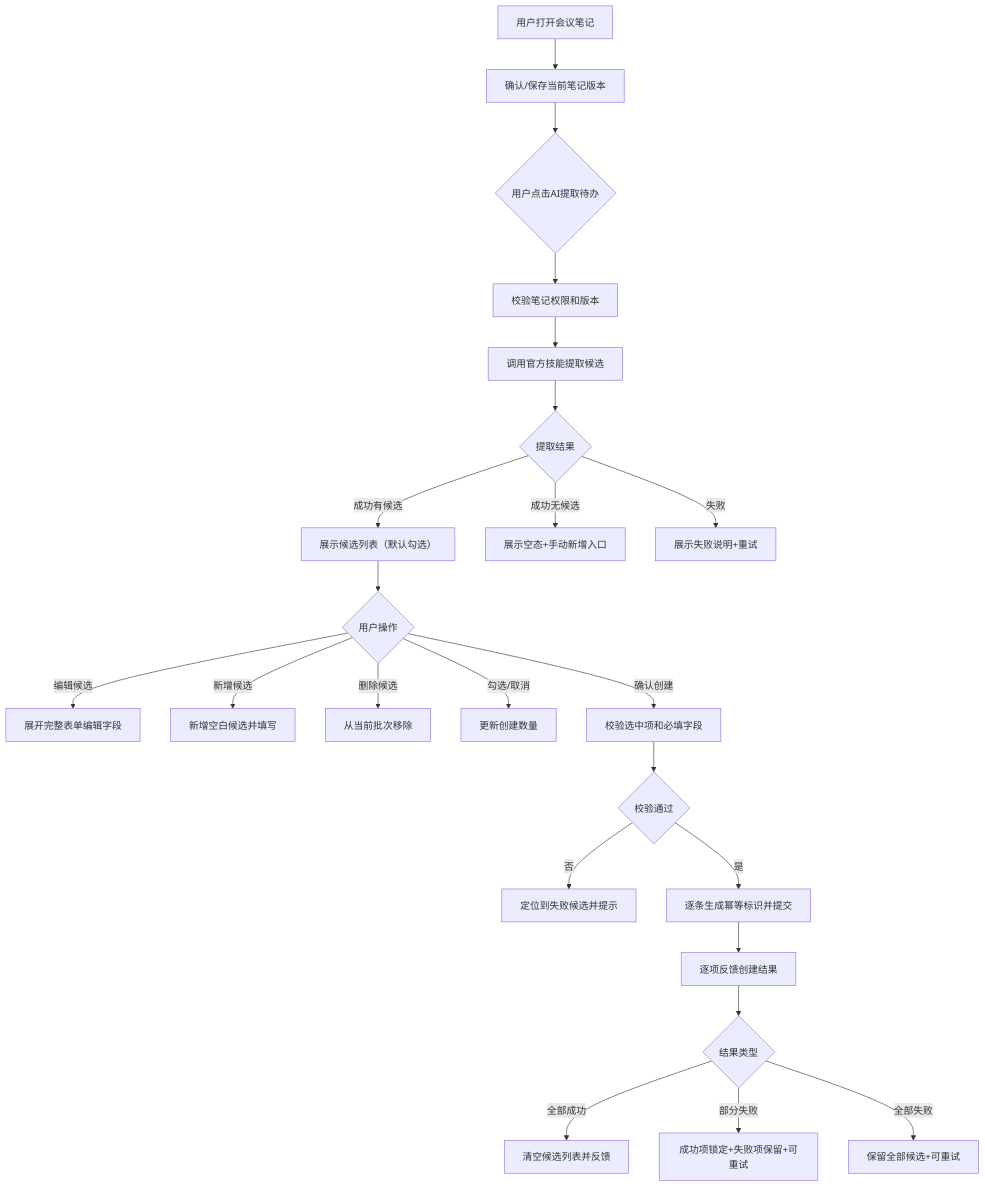
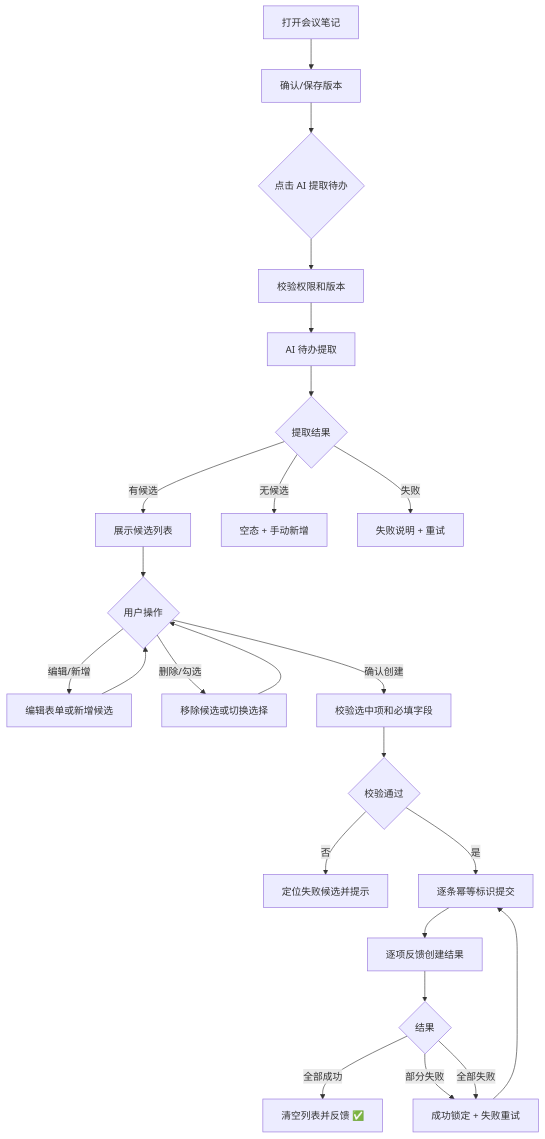
Before and after one commit to fri555/PORTL: the second of 2 diagrams in docs/需求文档/20260726-【PRD】AI工作台-会议纪要生成待办（MVP）-天马智擎项目.md, drawn with Mermaid. The commit also changed other lines of this file, not shown here.

````diff
--- a/docs/需求文档/20260726-【PRD】AI工作台-会议纪要生成待办（MVP）-天马智擎项目.md
+++ b/docs/需求文档/20260726-【PRD】AI工作台-会议纪要生成待办（MVP）-天马智擎项目.md
@@ -177,25 +156,26 @@
 ```mermaid
 flowchart TD
-    A["用户打开会议笔记"] --> B["确认/保存当前笔记版本"]
-    B --> C{"用户点击AI提取待办"}
-    C --> D["校验笔记权限和版本"]
-    D --> E["调用官方技能提取候选"]
+    A["打开会议笔记"] --> B["确认/保存版本"]
+    B --> C{"点击 AI 提取待办"}
+    C --> D["校验权限和版本"]
+    D --> E["AI 待办提取"]
     E --> F{"提取结果"}
-    F -->|成功有候选| G["展示候选列表（默认勾选）"]
-    F -->|成功无候选| H["展示空态+手动新增入口"]
-    F -->|失败| I["展示失败说明+重试"]
+    F -->|"有候选"| G["展示候选列表"]
+    F -->|"无候选"| H["空态 + 手动新增"]
+    F -->|"失败"| I["失败说明 + 重试"]
     G --> J{"用户操作"}
-    J -->|编辑候选| K["展开完整表单编辑字段"]
-    J -->|新增候选| L["新增空白候选并填写"]
-    J -->|删除候选| M["从当前批次移除"]
-    J -->|勾选/取消| N["更新创建数量"]
-    J -->|确认创建| O["校验选中项和必填字段"]
-    O --> P{"校验通过"}
-    P -->|否| Q["定位到失败候选并提示"]
-    P -->|是| R["逐条生成幂等标识并提交"]
-    R --> S["逐项反馈创建结果"]
-    S --> T{"结果类型"}
-    T -->|全部成功| U["清空候选列表并反馈"]
-    T -->|部分失败| V["成功项锁定+失败项保留+可重试"]
-    T -->|全部失败| W["保留全部候选+可重试"]
+    J -->|"编辑/新增"| K["编辑表单或新增候选"]
+    J -->|"删除/勾选"| L["移除候选或切换选择"]
+    J -->|"确认创建"| M["校验选中项和必填字段"]
+    K --> J
+    L --> J
+    M --> N{"校验通过"}
+    N -->|"否"| O["定位失败候选并提示"]
+    N -->|"是"| P["逐条幂等标识提交"]
+    P --> Q["逐项反馈创建结果"]
+    Q --> R{"结果"}
+    R -->|"全部成功"| S["清空列表并反馈 ✅"]
+    R -->|"部分失败"| T["成功锁定 + 失败重试"]
+    R -->|"全部失败"| T
+    T --> P
 ```
````
